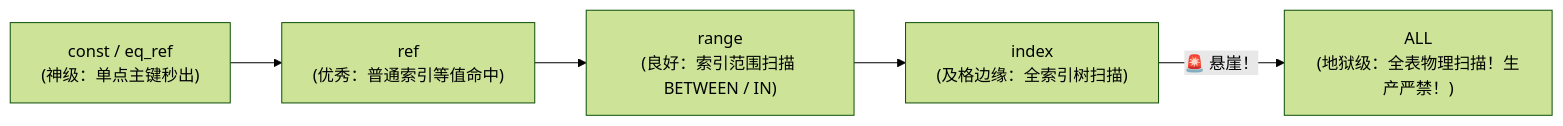
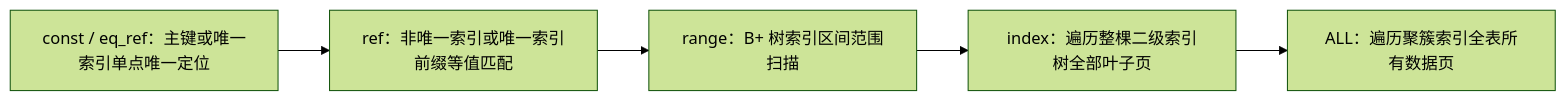
The second of 3 diagrams in 20-Java后端/05-数据库与存储/04-执行计划与SQL优化.md (GuoWWWX/knowledge-base), drawn with Mermaid (forest theme) before and after one commit. The commit also changed other lines of this file and 251 other files, not shown here.

````diff
--- a/20-Java后端/05-数据库与存储/04-执行计划与SQL优化.md
+++ b/20-Java后端/05-数据库与存储/04-执行计划与SQL优化.md
@@ -59,7 +53,7 @@
 ```mermaid
 flowchart LR
-    C_const["const / eq_ref<br/>(神级：单点主键秒出)"] --> C_ref["ref<br/>(优秀：普通索引等值命中)"]
-    C_ref --> C_range["range<br/>(良好：索引范围扫描 BETWEEN / IN)"]
-    C_range --> C_index["index<br/>(及格边缘：全索引树扫描)"]
-    C_index -->|🚨 悬崖！| C_all["ALL<br/>(地狱级：全表物理扫描！生产严禁！)"]
+    C_const["const / eq_ref：主键或唯一索引单点唯一定位"] --> C_ref["ref：非唯一索引或唯一索引前缀等值匹配"]
+    C_ref --> C_range["range：B+ 树索引区间范围扫描"]
+    C_range --> C_index["index：遍历整棵二级索引树全部叶子页"]
+    C_index --> C_all["ALL：遍历聚簇索引全表所有数据页"]
 ```
````
